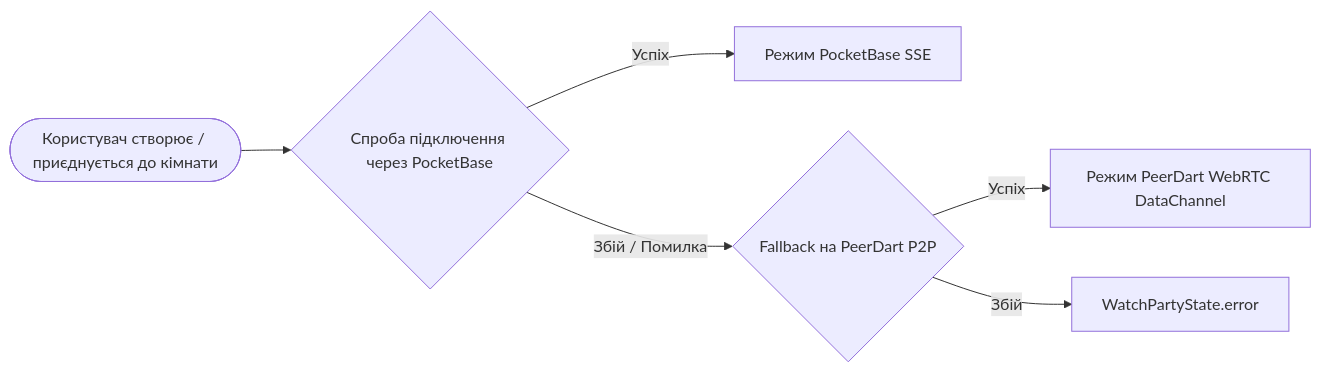
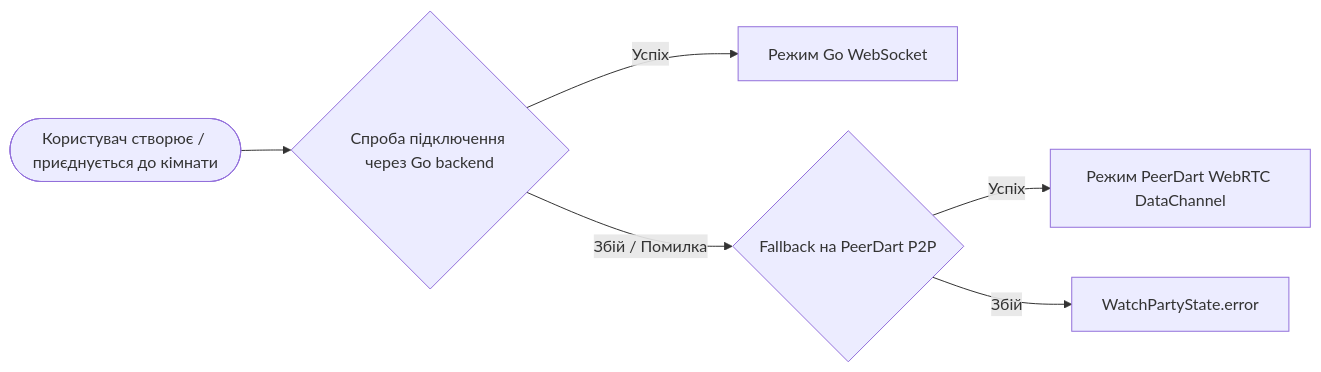
The fourth of 4 diagrams in docs/03_DATABASE_SYNC_AND_CORE_SERVICES.md (edhases/kadrbox), drawn with Mermaid before and after one commit. The commit also changed other lines of this file and 17 other files, not shown here.

````diff
--- a/docs/03_DATABASE_SYNC_AND_CORE_SERVICES.md
+++ b/docs/03_DATABASE_SYNC_AND_CORE_SERVICES.md
@@ -308,8 +308,8 @@
 ```mermaid
 flowchart LR
-    Start([Користувач створює / приєднується до кімнати]) --> TryPB{Спроба підключення через PocketBase}
-    TryPB -->|Успіх| PBMode[Режим PocketBase SSE]
-    TryPB -->|Збій / Помилка| FallbackPeerDart{Fallback на PeerDart P2P}
+    Start([Користувач створює / приєднується до кімнати]) --> TryBackend{Спроба підключення через Go backend}
+    TryBackend -->|Успіх| PBMode[Режим Go WebSocket]
+    TryBackend -->|Збій / Помилка| FallbackPeerDart{Fallback на PeerDart P2P}
     FallbackPeerDart -->|Успіх| P2PMode[Режим PeerDart WebRTC DataChannel]
     FallbackPeerDart -->|Збій| ErrorState[WatchPartyState.error]
 ```
````
